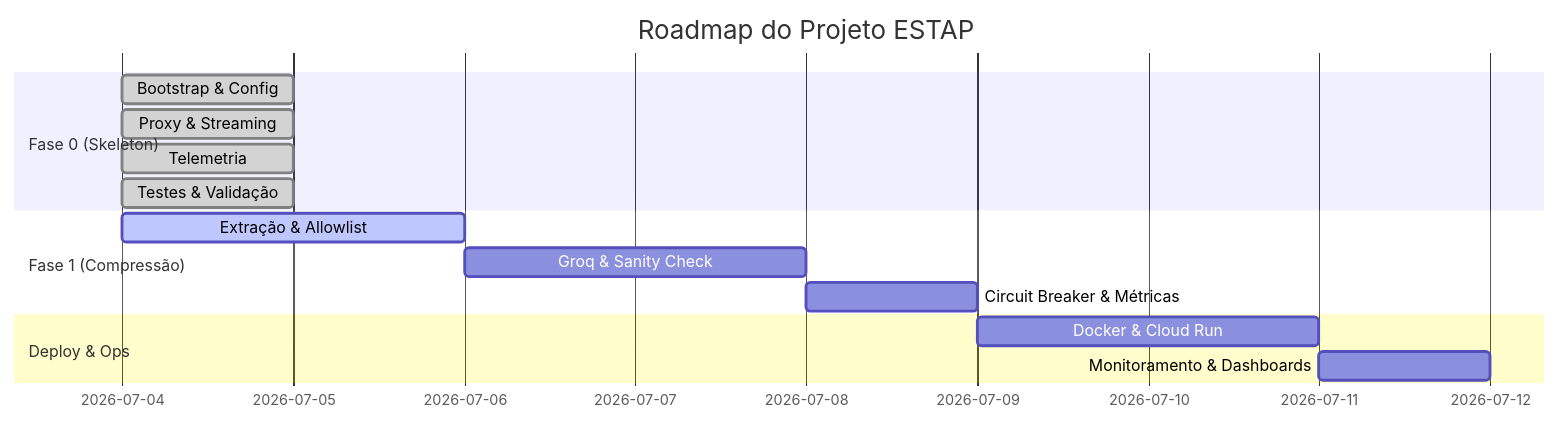
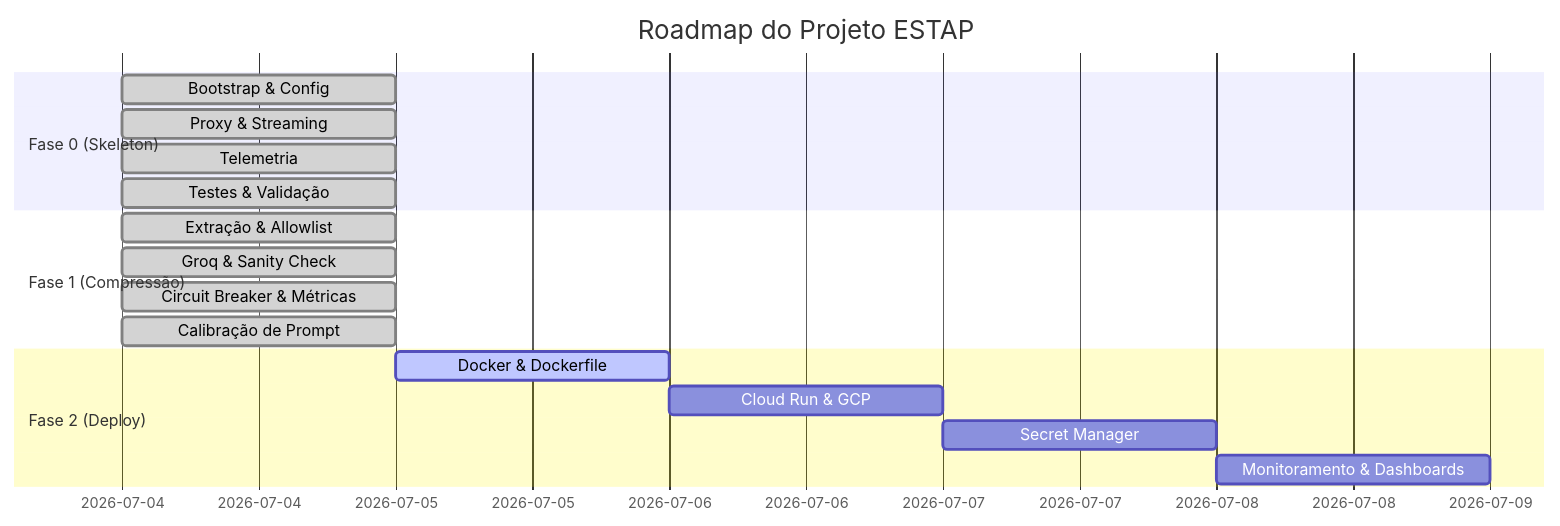
The diagram in PROGRESS.md (opropriobertoni/llm-cost-optimizer-proxy), drawn with Mermaid before and after one commit. The commit also changed other lines of this file and 3 other files, not shown here.

Commit message:
feat: conteineriza aplicação e realiza deploy no Cloud Run

````diff
--- a/PROGRESS.md
+++ b/PROGRESS.md
@@ -12,17 +12,20 @@
 ```mermaid
 gantt
     title Roadmap do Projeto ESTAP
     dateFormat  YYYY-MM-DD
     section Fase 0 (Skeleton)
     Bootstrap & Config       :done, f0_boot, 2026-07-04, 1d
     Proxy & Streaming        :done, f0_proxy, 2026-07-04, 1d
     Telemetria               :done, f0_tel, 2026-07-04, 1d
     Testes & Validação       :done, f0_test, 2026-07-04, 1d
     section Fase 1 (Compressão)
-    Extração & Allowlist     :active, f1_ext, 2026-07-04, 2d
-    Groq & Sanity Check      :f1_groq, after f1_ext, 2d
-    Circuit Breaker & Métricas:f1_cb, after f1_groq, 1d
-    section Deploy & Ops
-    Docker & Cloud Run       :dep_run, after f1_cb, 2d
-    Monitoramento & Dashboards:dep_mon, after dep_run, 1d
+    Extração & Allowlist     :done, f1_ext, 2026-07-04, 1d
+    Groq & Sanity Check      :done, f1_groq, 2026-07-04, 1d
+    Circuit Breaker & Métricas:done, f1_cb, 2026-07-04, 1d
+    Calibração de Prompt     :done, f1_cal, 2026-07-04, 1d
+    section Fase 2 (Deploy)
+    Docker & Dockerfile      :active, dep_docker, 2026-07-05, 1d
+    Cloud Run & GCP          :dep_run, after dep_docker, 1d
+    Secret Manager           :dep_sec, after dep_run, 1d
+    Monitoramento & Dashboards:dep_mon, after dep_sec, 1d
 ```
````
